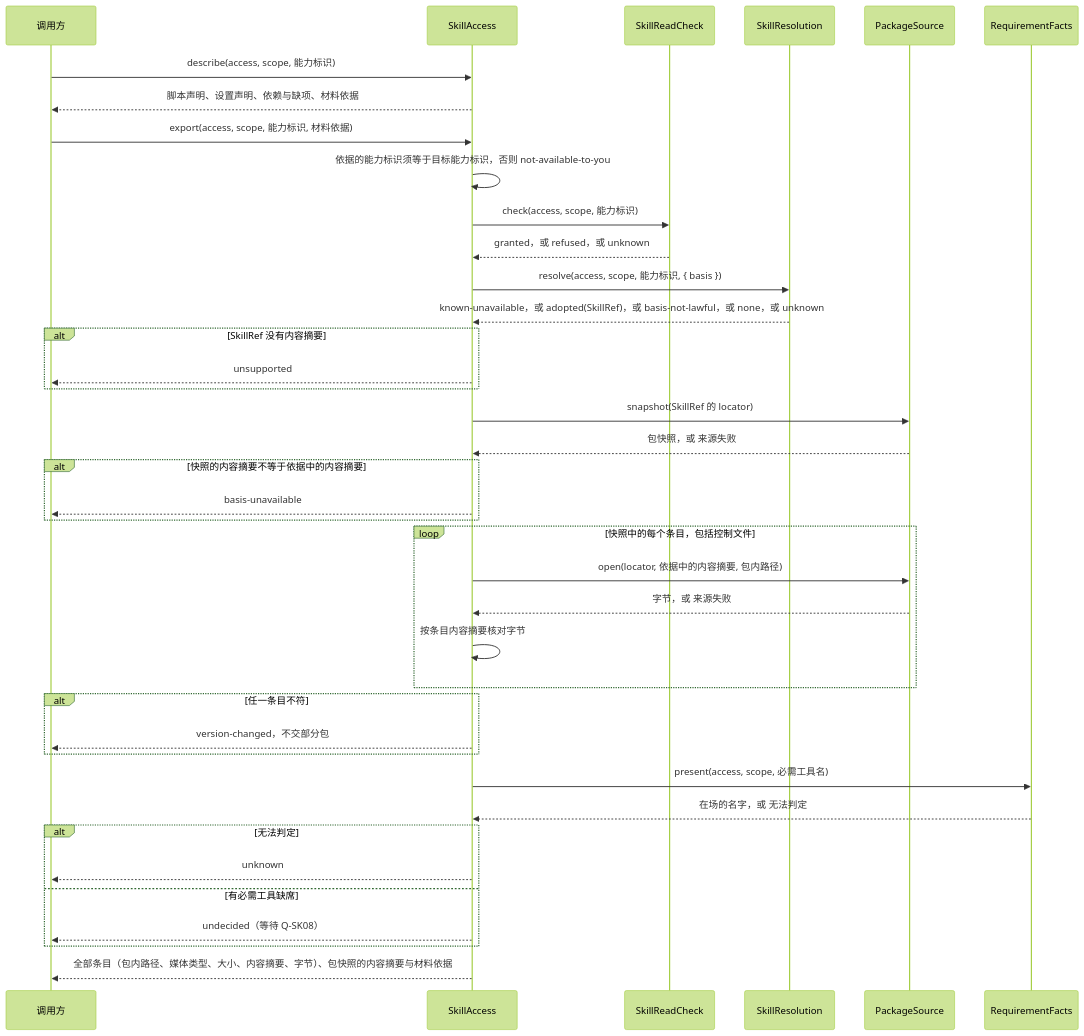
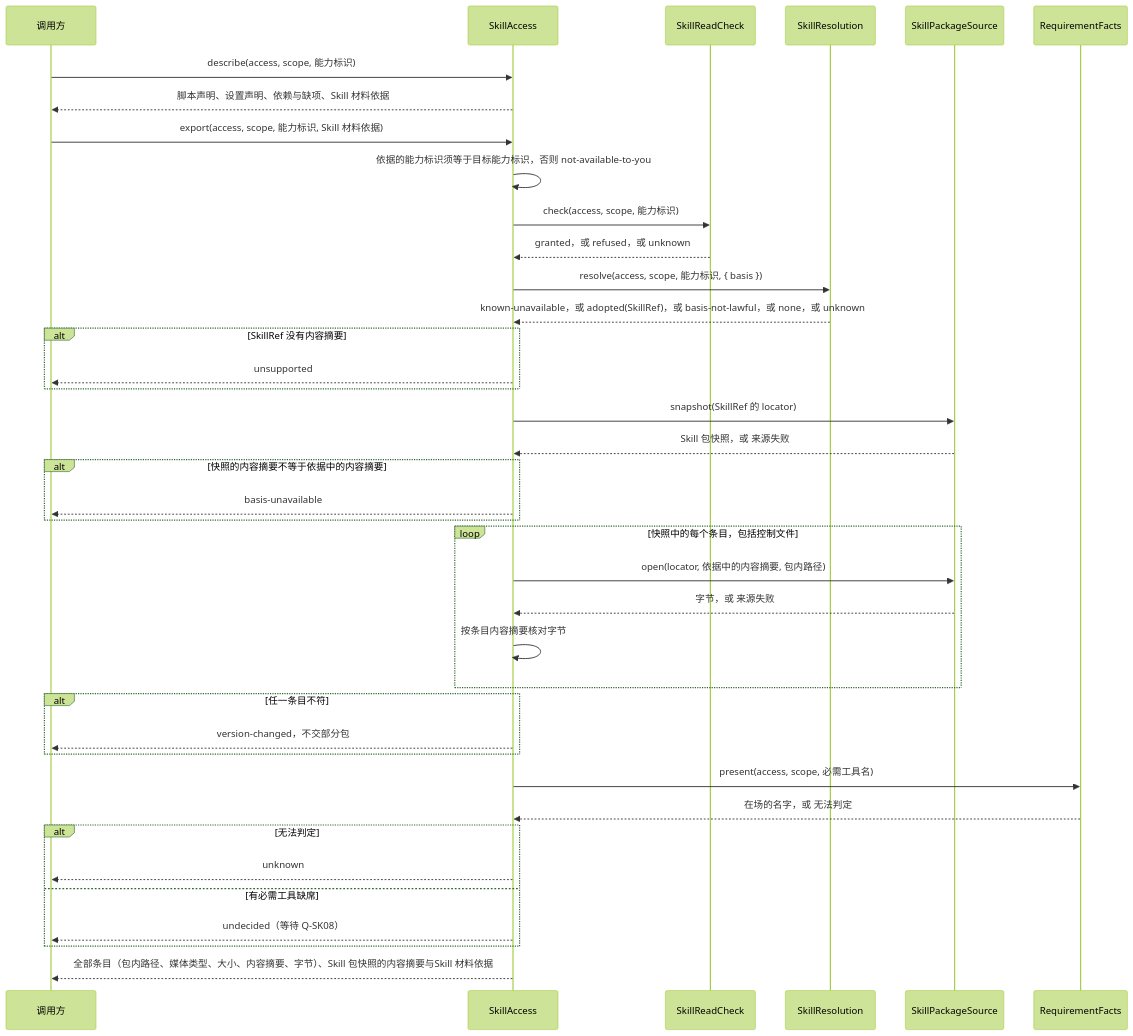
Before and after one commit to nemori-ai/omne-harness-lite: the fourth of 4 diagrams in packages/skills/docs/key-flows.md, drawn with Mermaid (forest theme). The commit also changed other lines of this file and 8 other files, not shown here.

First line of the commit message:
docs(skills): 三个新词加 Skill 前缀：Skill 包快照、Skill 包来源、Skill 材料依据

````diff
--- a/packages/skills/docs/key-flows.md
+++ b/packages/skills/docs/key-flows.md
@@ -172,41 +172,41 @@
 ```mermaid
 sequenceDiagram
   participant C as 调用方
   participant A as SkillAccess
   participant E as SkillReadCheck
   participant V as SkillResolution
-  participant S as PackageSource
+  participant S as SkillPackageSource
   participant F as RequirementFacts
   C->>A: describe(access, scope, 能力标识)
-  A-->>C: 脚本声明、设置声明、依赖与缺项、材料依据
-  C->>A: export(access, scope, 能力标识, 材料依据)
+  A-->>C: 脚本声明、设置声明、依赖与缺项、Skill 材料依据
+  C->>A: export(access, scope, 能力标识, Skill 材料依据)
   A->>A: 依据的能力标识须等于目标能力标识，否则 not-available-to-you
   A->>E: check(access, scope, 能力标识)
   E-->>A: granted，或 refused，或 unknown
   A->>V: resolve(access, scope, 能力标识, { basis })
   V-->>A: known-unavailable，或 adopted(SkillRef)，或 basis-not-lawful，或 none，或 unknown
   alt SkillRef 没有内容摘要
     A-->>C: unsupported
   end
   A->>S: snapshot(SkillRef 的 locator)
-  S-->>A: 包快照，或 来源失败
+  S-->>A: Skill 包快照，或 来源失败
   alt 快照的内容摘要不等于依据中的内容摘要
     A-->>C: basis-unavailable
   end
   loop 快照中的每个条目，包括控制文件
     A->>S: open(locator, 依据中的内容摘要, 包内路径)
     S-->>A: 字节，或 来源失败
     A->>A: 按条目内容摘要核对字节
   end
   alt 任一条目不符
     A-->>C: version-changed，不交部分包
   end
   A->>F: present(access, scope, 必需工具名)
   F-->>A: 在场的名字，或 无法判定
   alt 无法判定
     A-->>C: unknown
   else 有必需工具缺席
     A-->>C: undecided（等待 Q-SK08）
   end
-  A-->>C: 全部条目（包内路径、媒体类型、大小、内容摘要、字节）、包快照的内容摘要与材料依据
+  A-->>C: 全部条目（包内路径、媒体类型、大小、内容摘要、字节）、Skill 包快照的内容摘要与Skill 材料依据
 ```
````
